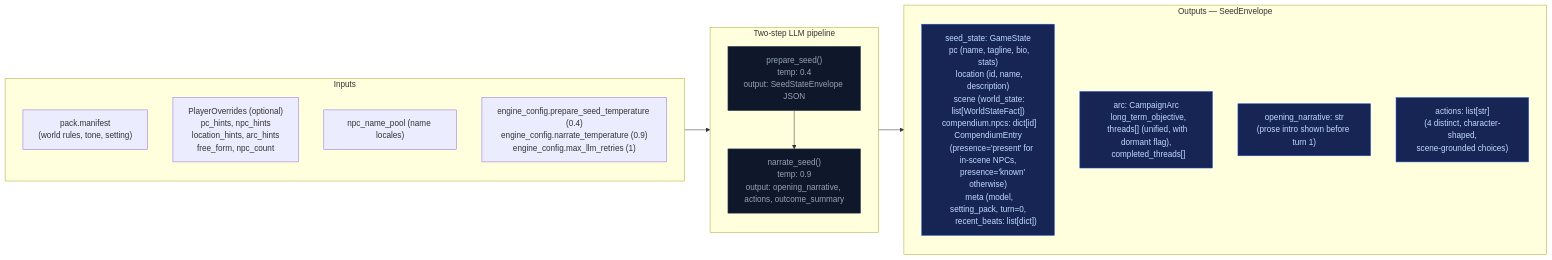
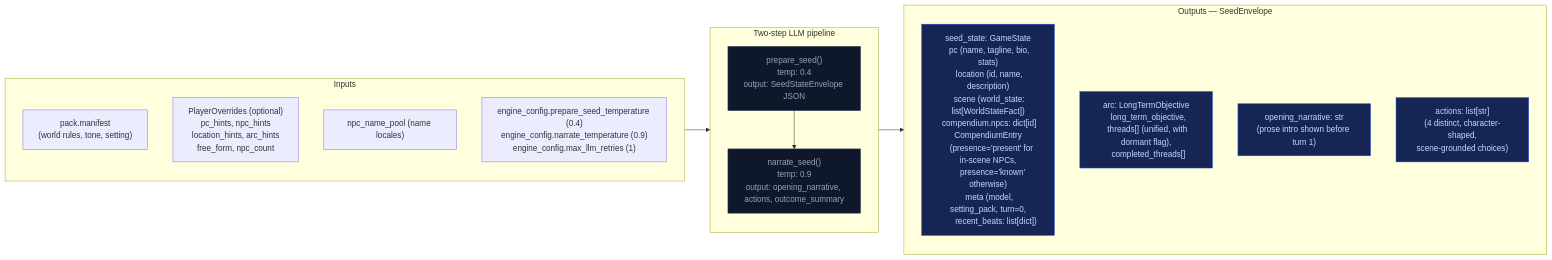
One commit to pww217/fablethread changed the second of 2 diagrams in docs/architecture/out-of-band.md. Above: the diagram before and after it, drawn with Mermaid. The commit also changed 5 other files, not shown here.

First line of the commit message:
docs: update CampaignArc→LongTermObjective and storytell_system→record_system references

````diff
--- a/docs/architecture/out-of-band.md
+++ b/docs/architecture/out-of-band.md
@@ -34,29 +34,29 @@
 ```mermaid
 flowchart LR
     classDef llmNode fill:#0f172a,color:#94a3b8,stroke:#334155
     classDef outNode fill:#172554,color:#bfdbfe,stroke:#1d4ed8
 
     subgraph IN["Inputs"]
         G1["pack.manifest<br>(world rules, tone, setting)"]
         G3["PlayerOverrides (optional)<br>  pc_hints, npc_hints<br>  location_hints, arc_hints<br>  free_form, npc_count"]
         G4["npc_name_pool (name locales)"]
         G5["engine_config.prepare_seed_temperature (0.4)<br>engine_config.narrate_temperature (0.9)<br>engine_config.max_llm_retries (1)"]
     end
 
     subgraph LLM_TWO_STEP["Two-step LLM pipeline"]
         direction TB
         PS["prepare_seed()<br>temp: 0.4<br>output: SeedStateEnvelope JSON"]:::llmNode
         NS["narrate_seed()<br>temp: 0.9<br>output: opening_narrative, actions, outcome_summary"]:::llmNode
         PS --> NS
     end
 
     subgraph OUT["Outputs — SeedEnvelope"]
         O1["seed_state: GameState<br>  pc (name, tagline, bio, stats)<br>  location (id, name, description)<br>  scene (world_state: list[WorldStateFact])<br>  compendium.npcs: dict[id] CompendiumEntry<br>    (presence='present' for in-scene NPCs,<br>     presence='known' otherwise)<br>  meta (model, setting_pack, turn=0,<br>       recent_beats: list[dict])"]:::outNode
-        O2["arc: CampaignArc<br>  long_term_objective,<br>  threads[] (unified, with dormant flag),<br>  completed_threads[]"]:::outNode
+        O2["arc: LongTermObjective<br>  long_term_objective,<br>  threads[] (unified, with dormant flag),<br>  completed_threads[]"]:::outNode
         O3["opening_narrative: str<br>(prose intro shown before turn 1)"]:::outNode
         O4["actions: list[str]<br>(4 distinct, character-shaped,<br>scene-grounded choices)"]:::outNode
     end
 
     IN --> LLM_TWO_STEP
     LLM_TWO_STEP --> OUT
 ```
````
